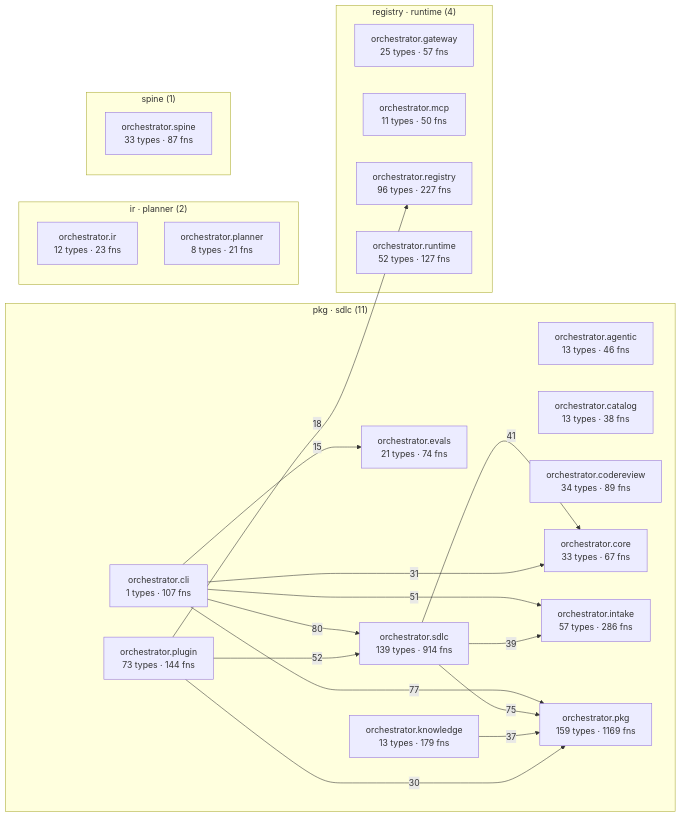
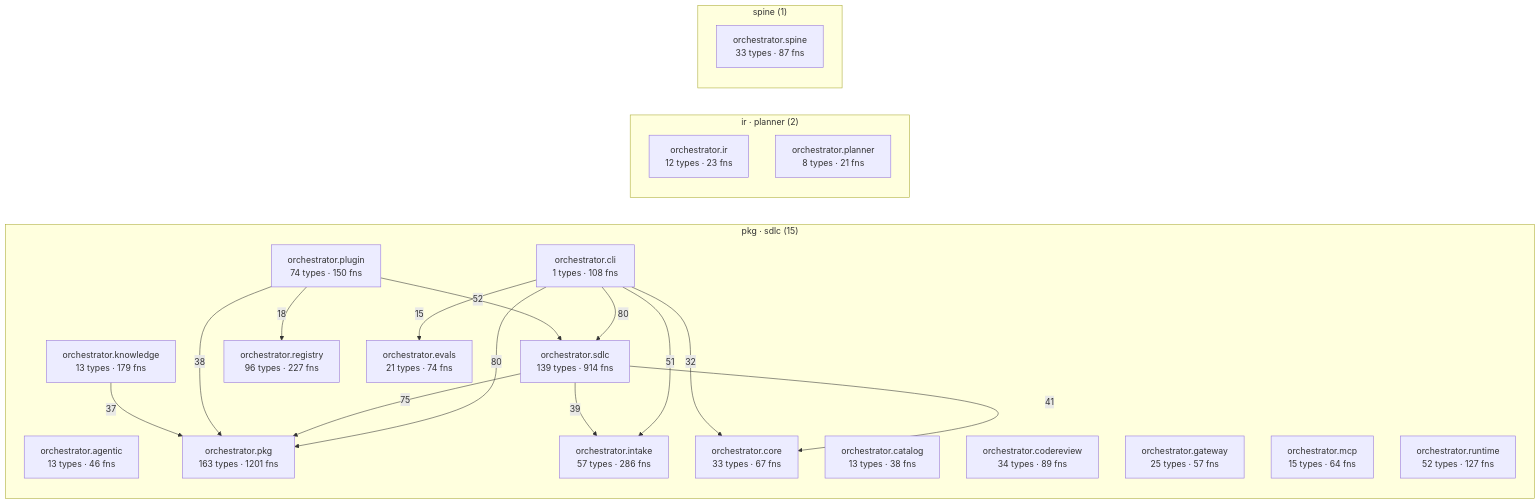
One commit to synaptixs/spine changed the diagram in episteme/architecture.md. Above: the diagram before and after it, drawn with Mermaid. The commit also changed other lines of this file and 30 other files, not shown here.

````diff
--- a/episteme/architecture.md
+++ b/episteme/architecture.md
@@ -55,41 +55,39 @@
 ```mermaid
 flowchart LR
-  subgraph c_2["pkg · sdlc (11)"]
+  subgraph c_2["pkg · sdlc (15)"]
     aorchestratoragentic["orchestrator.agentic<br/>13 types · 46 fns"]
     aorchestratorcatalog["orchestrator.catalog<br/>13 types · 38 fns"]
-    aorchestratorcli["orchestrator.cli<br/>1 types · 107 fns"]
+    aorchestratorcli["orchestrator.cli<br/>1 types · 108 fns"]
     aorchestratorcodereview["orchestrator.codereview<br/>34 types · 89 fns"]
     aorchestratorcore["orchestrator.core<br/>33 types · 67 fns"]
     aorchestratorevals["orchestrator.evals<br/>21 types · 74 fns"]
+    aorchestratorgateway["orchestrator.gateway<br/>25 types · 57 fns"]
     aorchestratorintake["orchestrator.intake<br/>57 types · 286 fns"]
     aorchestratorknowledge["orchestrator.knowledge<br/>13 types · 179 fns"]
-    aorchestratorpkg["orchestrator.pkg<br/>159 types · 1169 fns"]
-    aorchestratorplugin["orchestrator.plugin<br/>73 types · 144 fns"]
+    aorchestratormcp["orchestrator.mcp<br/>15 types · 64 fns"]
+    aorchestratorpkg["orchestrator.pkg<br/>163 types · 1201 fns"]
+    aorchestratorplugin["orchestrator.plugin<br/>74 types · 150 fns"]
+    aorchestratorregistry["orchestrator.registry<br/>96 types · 227 fns"]
+    aorchestratorruntime["orchestrator.runtime<br/>52 types · 127 fns"]
     aorchestratorsdlc["orchestrator.sdlc<br/>139 types · 914 fns"]
   end
-  subgraph c_4["registry · runtime (4)"]
-    aorchestratorgateway["orchestrator.gateway<br/>25 types · 57 fns"]
-    aorchestratormcp["orchestrator.mcp<br/>11 types · 50 fns"]
-    aorchestratorregistry["orchestrator.registry<br/>96 types · 227 fns"]
-    aorchestratorruntime["orchestrator.runtime<br/>52 types · 127 fns"]
-  end
-  subgraph c_6["ir · planner (2)"]
+  subgraph c_5["ir · planner (2)"]
     aorchestratorir["orchestrator.ir<br/>12 types · 23 fns"]
     aorchestratorplanner["orchestrator.planner<br/>8 types · 21 fns"]
   end
-  subgraph c_11["spine (1)"]
+  subgraph c_10["spine (1)"]
     aorchestratorspine["orchestrator.spine<br/>33 types · 87 fns"]
   end
+  aorchestratorcli -->|80| aorchestratorpkg
   aorchestratorcli -->|80| aorchestratorsdlc
-  aorchestratorcli -->|77| aorchestratorpkg
   aorchestratorsdlc -->|75| aorchestratorpkg
   aorchestratorplugin -->|52| aorchestratorsdlc
   aorchestratorcli -->|51| aorchestratorintake
   aorchestratorsdlc -->|41| aorchestratorcore
   aorchestratorsdlc -->|39| aorchestratorintake
+  aorchestratorplugin -->|38| aorchestratorpkg
   aorchestratorknowledge -->|37| aorchestratorpkg
-  aorchestratorcli -->|31| aorchestratorcore
-  aorchestratorplugin -->|30| aorchestratorpkg
+  aorchestratorcli -->|32| aorchestratorcore
   aorchestratorplugin -->|18| aorchestratorregistry
   aorchestratorcli -->|15| aorchestratorevals
 ```
````
